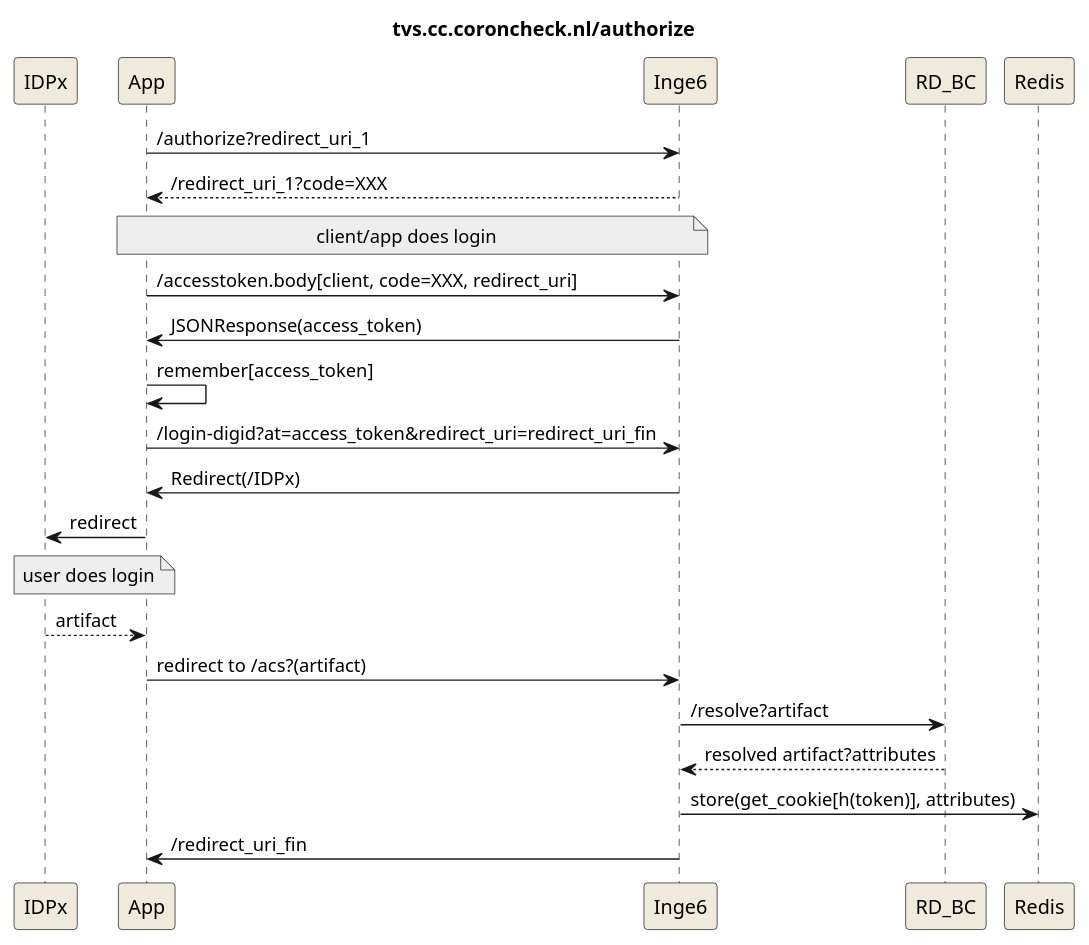
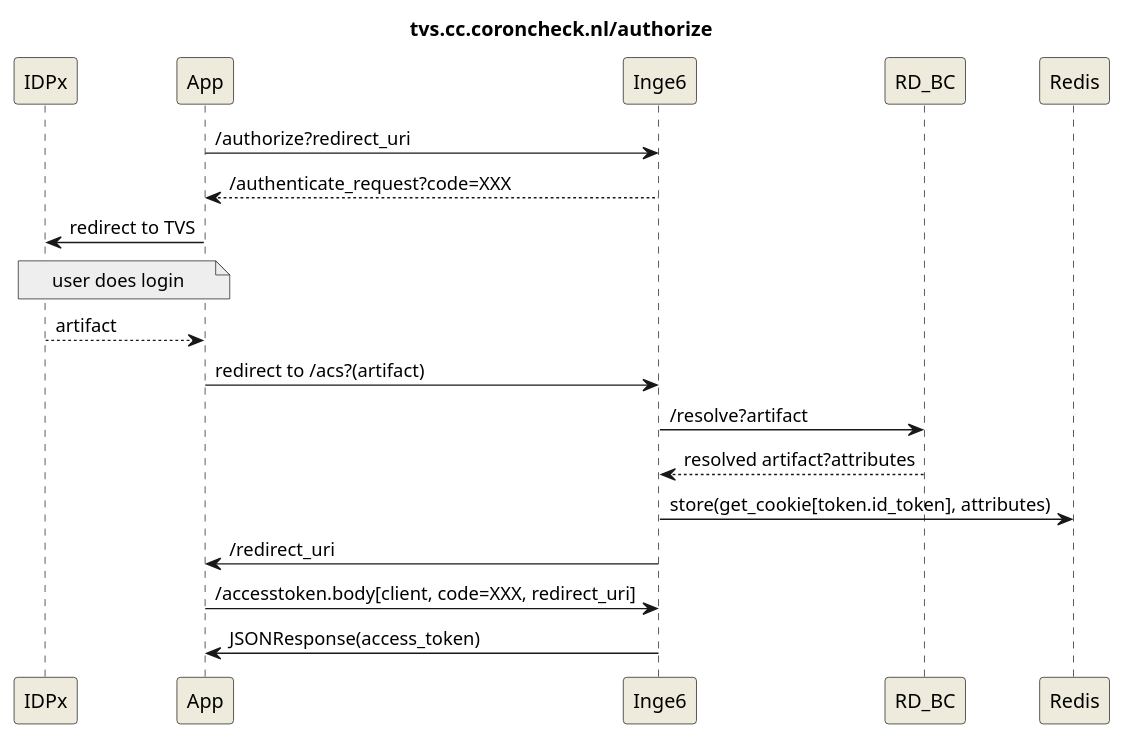
Before and after one commit to minvws/nl-rdo-max: the diagram in docs/tvs-oidc-puml.wsd, drawn with PlantUML. The commit also changed 6 other files, not shown here.

```diff
--- a/docs/tvs-oidc-puml.wsd
+++ b/docs/tvs-oidc-puml.wsd
@@ -1,32 +1,37 @@
 @startuml
 title tvs.cc.coroncheck.nl/authorize
 
 skinparam backgroundColor white
 skinparam participantBackgroundColor #EEEBDC
 skinparam noteBackgroundColor #EEE
 
 participant IDPx
 participant App
 
-App->Inge6:/authorize?redirect_uri_1
-App<--Inge6:/redirect_uri_1?code=XXX
+App->Inge6:/authorize?redirect_uri
+App<--Inge6:/authenticate_request?code=XXX
 
-note over App, Inge6:client/app does login
-App->Inge6:/accesstoken.body[client, code=XXX, redirect_uri]
-
-Inge6->App:JSONResponse(access_token)
-App->App:remember[access_token]
-App->Inge6:/login-digid?at=access_token&redirect_uri=redirect_uri_fin
-Inge6->App:Redirect(/IDPx)
-
-App->IDPx:redirect
+App->IDPx:redirect to TVS
 note over App, IDPx:user does login
 IDPx-->App:artifact
 App->Inge6:redirect to /acs?(artifact)
 
 Inge6->RD_BC:/resolve?artifact
 Inge6<--RD_BC:resolved artifact?attributes
 
-Inge6->Redis:store(get_cookie[h(token)], attributes)
-Inge6->App:/redirect_uri_fin
+Inge6->Redis:store(get_cookie[token.id_token], attributes)
+
+Inge6->App:/redirect_uri
+
+' note over App, Inge6:client/app does login
+App->Inge6:/accesstoken.body[client, code=XXX, redirect_uri]
+
+Inge6->App:JSONResponse(access_token)
+
+' App->App:remember[access_token]
+' App->Inge6:/login-digid?at=access_token
+' Inge6->App:Redirect(/IDPx)
+
+' Inge6->App:/redirect_uri_fin
+' App->App:remember[access_token]
 @enduml
```
